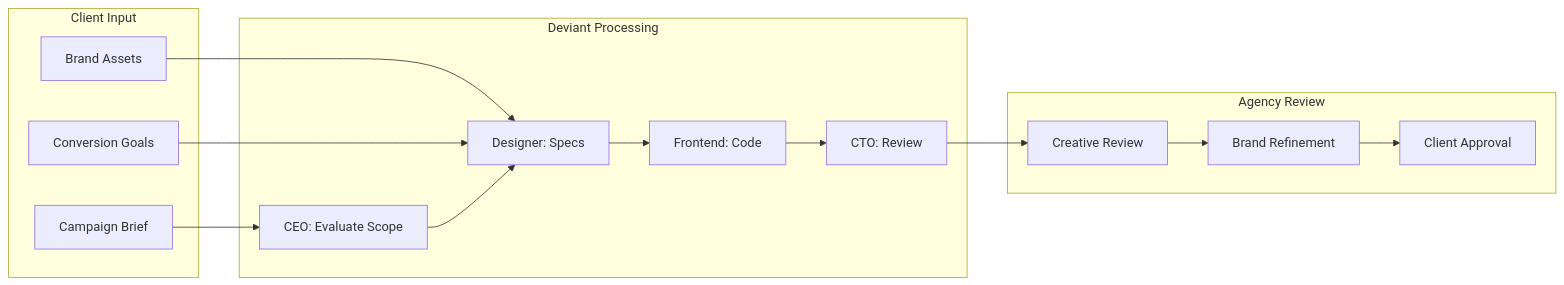
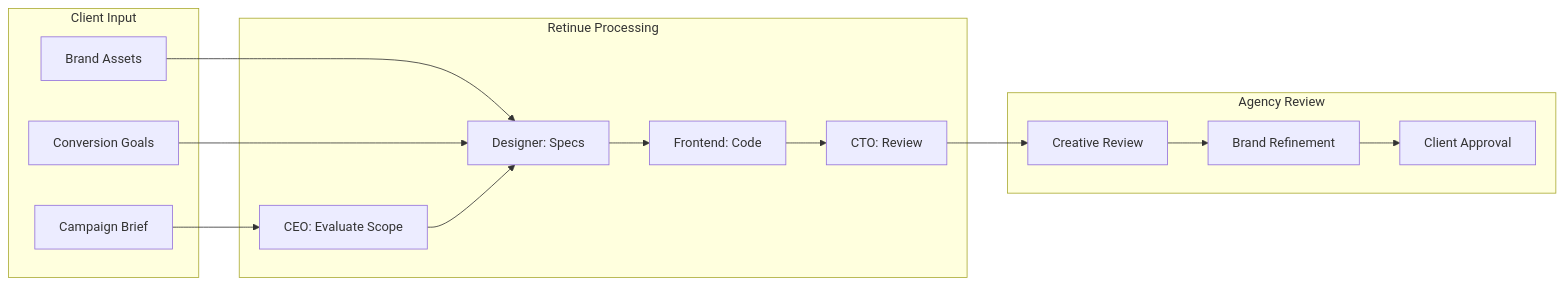
One commit to nicanor-korir/retinue changed the first of 2 diagrams in docs/articles/3-use-cases/05-for-marketing-agencies.md. Above: the diagram before and after it, drawn with Mermaid. The commit also changed other lines of this file and 128 other files, not shown here.

First line of the commit message:
feat(rebrand): rename Deviant/AgentGo to Retinue, rewrite docs, add shared-VPS deploy

````diff
--- a/docs/articles/3-use-cases/05-for-marketing-agencies.md
+++ b/docs/articles/3-use-cases/05-for-marketing-agencies.md
@@ -151,31 +151,31 @@
 ```mermaid
 flowchart LR
     subgraph Client["Client Input"]
         Brief[Campaign Brief]
         Brand[Brand Assets]
         Goals[Conversion Goals]
     end
 
-    subgraph Deviant["Deviant Processing"]
+    subgraph Retinue["Retinue Processing"]
         CEO[CEO: Evaluate Scope]
         Designer[Designer: Specs]
         Frontend[Frontend: Code]
         CTO[CTO: Review]
     end
 
     subgraph Agency["Agency Review"]
         Review[Creative Review]
         Refinement[Brand Refinement]
         Approval[Client Approval]
     end
 
     Brief --> CEO
     Brand --> Designer
     Goals --> Designer
     CEO --> Designer
     Designer --> Frontend
     Frontend --> CTO
     CTO --> Review
     Review --> Refinement
     Refinement --> Approval
 ```
````
